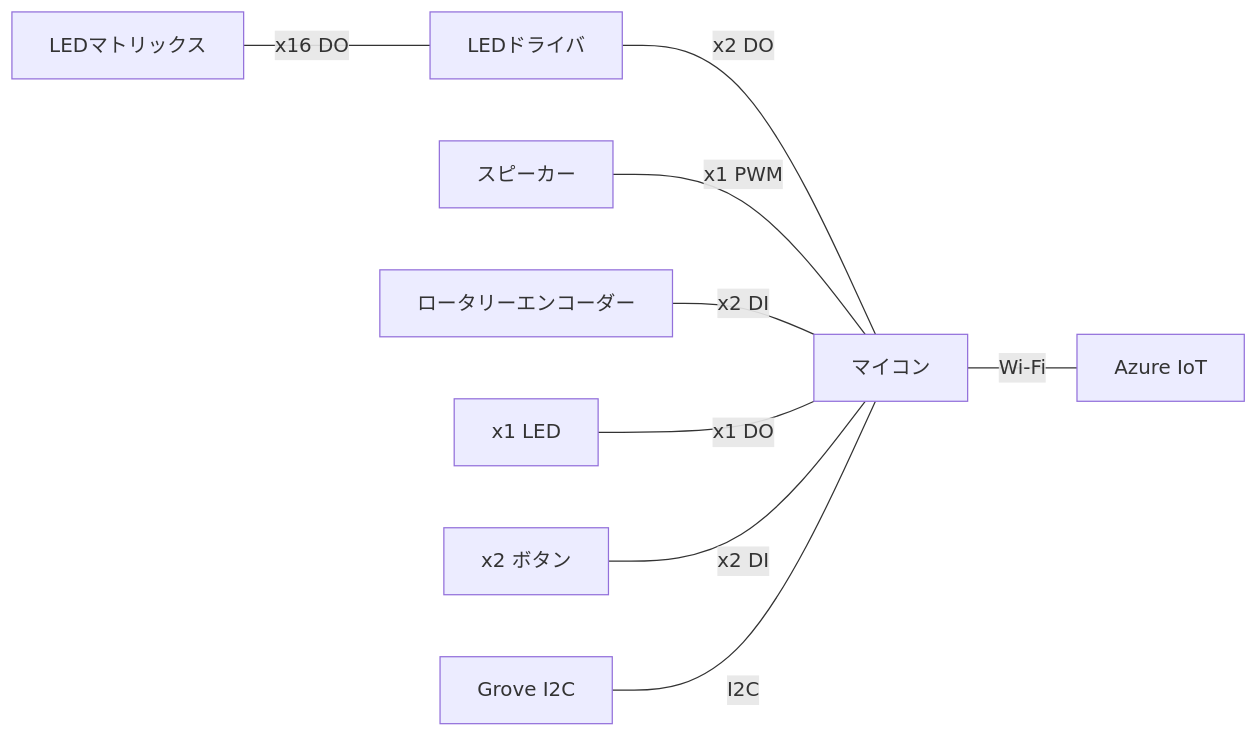
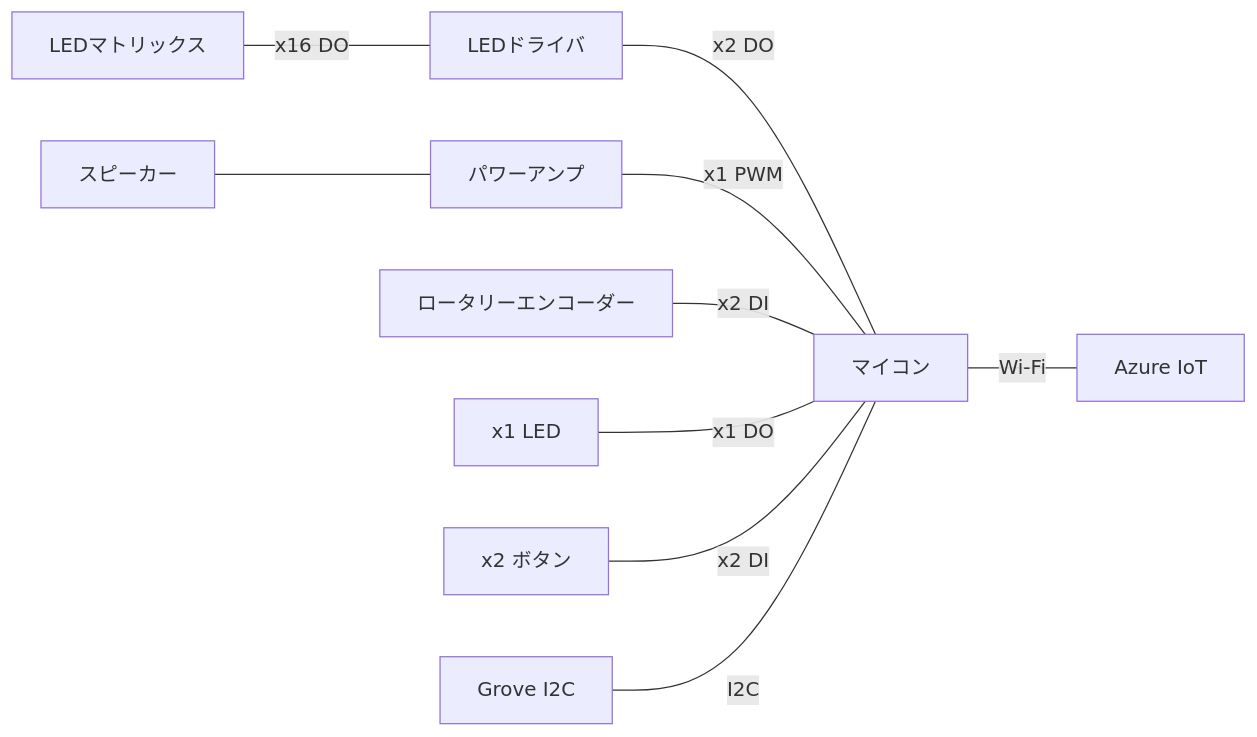
The diagram in README.md (algyan/XIAOGYAN), drawn with Mermaid before and after one commit. The commit also changed other lines of this file, not shown here.

````diff
--- a/README.md
+++ b/README.md
@@ -38,11 +38,12 @@
 ```mermaid
 flowchart LR
     id1[LEDマトリックス]-- x16 DO ---id7[LEDドライバ]
     id7-- x2 DO ---id2[マイコン]
-    id3[スピーカー]-- x1 PWM ---id2
+    id3[スピーカー]---id11[パワーアンプ]
+    id11-- x1 PWM ---id2
     id4[ロータリーエンコーダー]-- x2 DI ---id2
     id8[x1 LED]-- x1 DO ---id2
     id9[x2 ボタン]-- x2 DI ---id2
     id2-- Wi-Fi ---id6[Azure IoT]
     id10[Grove I2C]-- I2C ---id2
 ```
````
